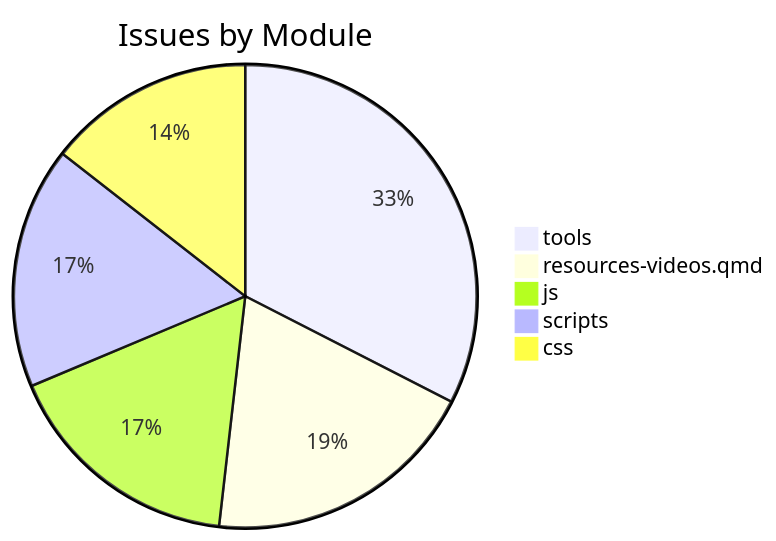
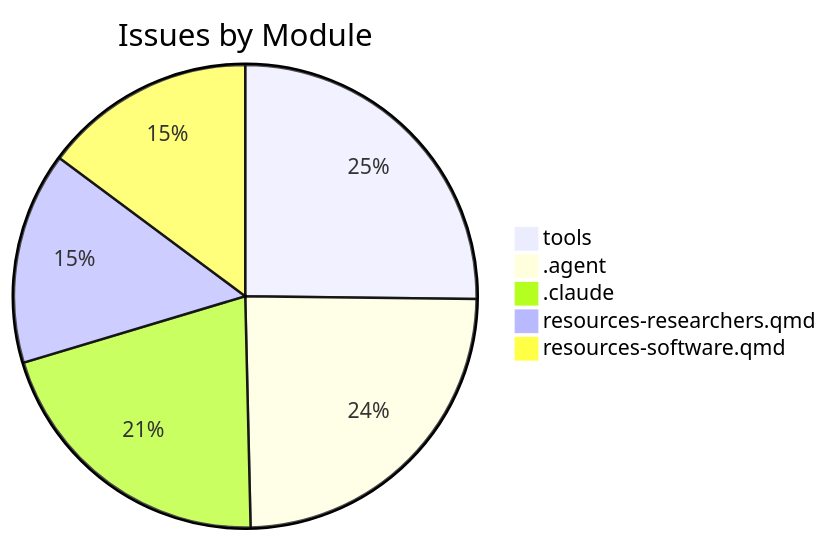
The second of 2 diagrams in docs/assessments/completist/Completist_Report_2026-03-05.md (D-sorganization/AffineDrift), drawn with Mermaid before and after one commit. The commit also changed other lines of this file and 28 other files, not shown here.

````diff
--- a/docs/assessments/completist/Completist_Report_2026-03-05.md
+++ b/docs/assessments/completist/Completist_Report_2026-03-05.md
@@ -22,8 +22,8 @@
 ```mermaid
 pie title Issues by Module
-    "tools" : 27
-    "resources-videos.qmd" : 16
-    "js" : 14
-    "scripts" : 14
-    "css" : 12
+    "tools" : 34
+    ".agent" : 33
+    ".claude" : 28
+    "resources-researchers.qmd" : 20
+    "resources-software.qmd" : 20
 ```
````
